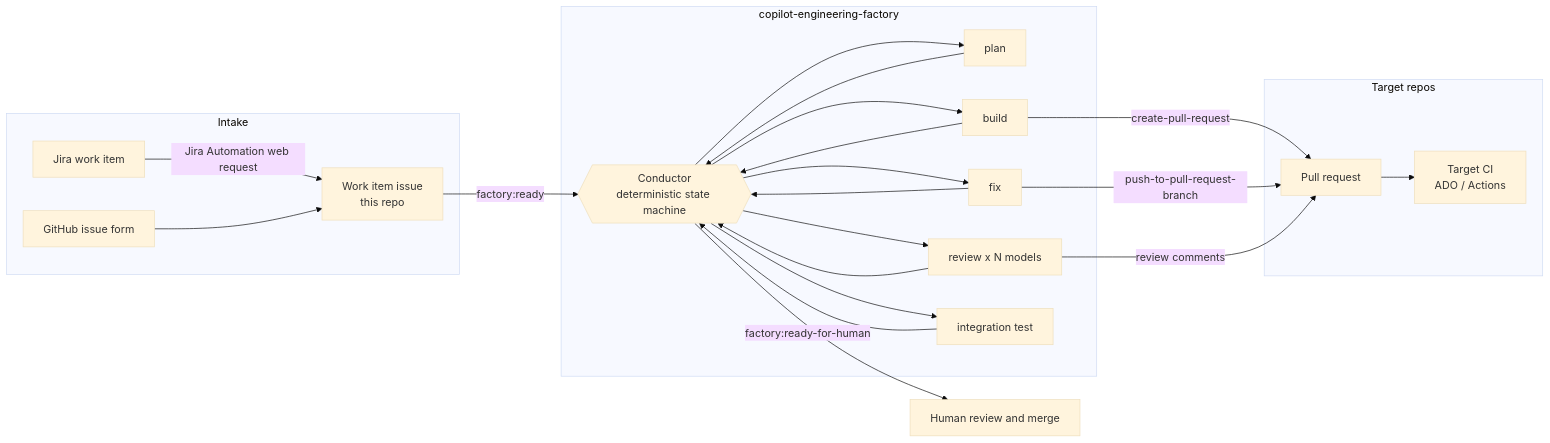
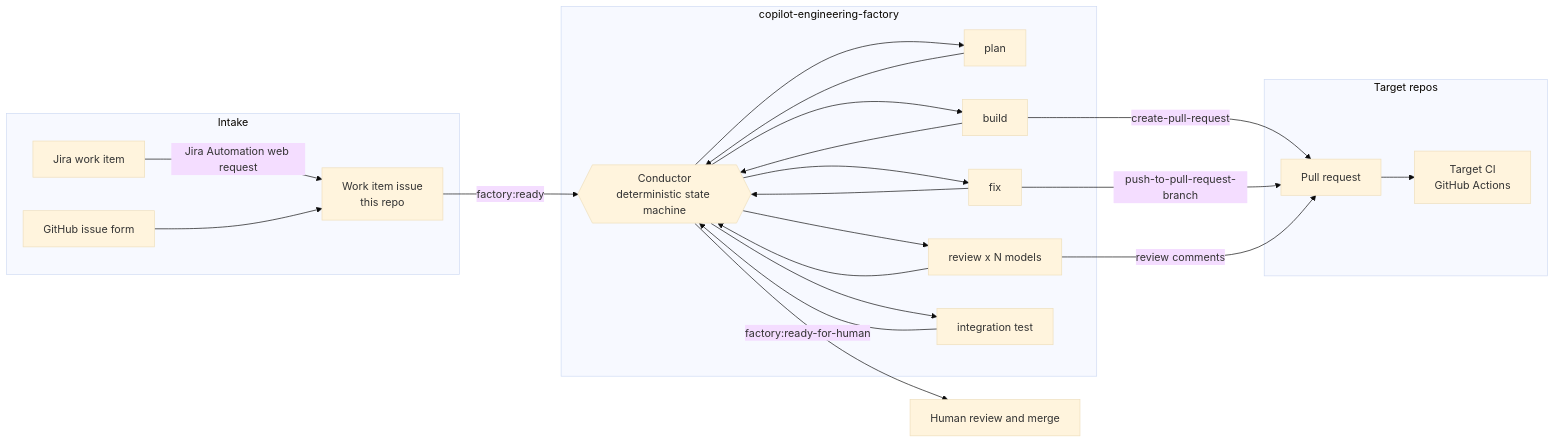
The diagram in docs/strategy.md (kelvvinn/copilot-engineering-factory), drawn with Mermaid (base theme) before and after one commit. The commit also changed 6 other files, not shown here.

````diff
--- a/docs/strategy.md
+++ b/docs/strategy.md
@@ -31,33 +31,33 @@
 ```mermaid
 flowchart LR
     subgraph Intake
         J[Jira work item] -->|Jira Automation web request| WI
         GI[GitHub issue form] --> WI[Work item issue<br/>this repo]
     end
 
     subgraph Factory["copilot-engineering-factory"]
         C{{Conductor<br/>deterministic state machine}}
         P[plan]
         B[build]
         R[review x N models]
         F[fix]
         T[integration test]
         WI -->|factory:ready| C
         C --> P --> C
         C --> B --> C
         C --> T --> C
         C --> R --> C
         C --> F --> C
     end
 
     subgraph Targets["Target repos"]
         PR[Pull request]
-        CI[Target CI<br/>ADO / Actions]
+        CI[Target CI<br/>GitHub Actions]
     end
 
     B -->|create-pull-request| PR
     F -->|push-to-pull-request-branch| PR
     R -->|review comments| PR
     PR --> CI
     C -->|factory:ready-for-human| H[Human review and merge]
 ```
````
